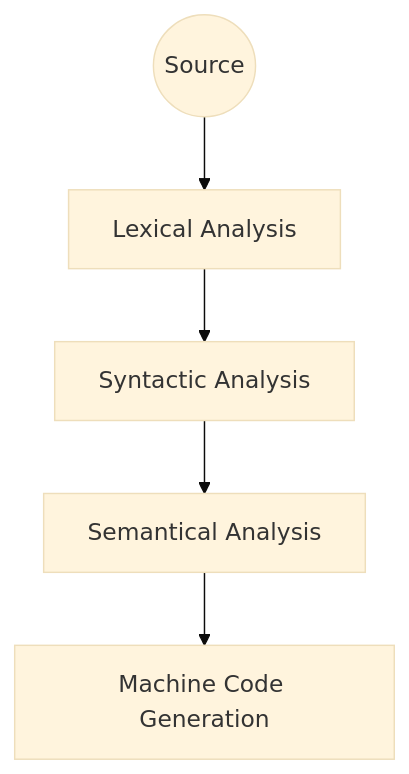
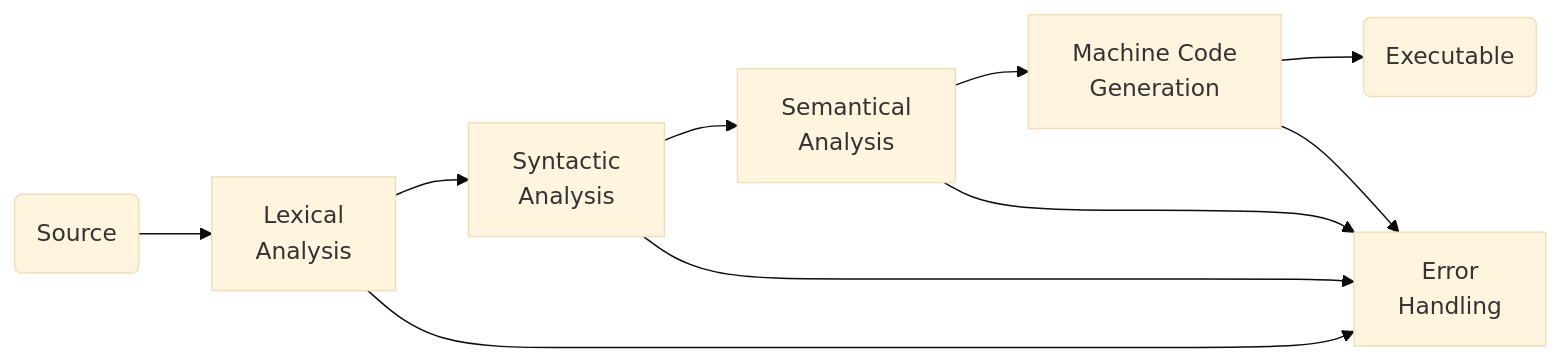
The diagram in content/kb/compilers.md (hacdias/hacdias.com), drawn with Mermaid (base theme) before and after one commit. The commit also changed other lines of this file, not shown here.

Commit message:
update kb

````diff
--- a/content/kb/compilers.md
+++ b/content/kb/compilers.md
@@ -10,10 +10,13 @@
 ```mermaid
-graph TB
-  a((Source)) --> lex[Lexical Analysis]
-  lex --> syn[Syntactic Analysis]
-  syn --> sem[Semantical Analysis]
-  sem --> co[Machine Code Generation]
-  
+graph LR
+  a(Source) --> lex[Lexical<br>Analysis]
+  lex --> syn[Syntactic<br>Analysis]
+  syn --> sem[Semantical<br>Analysis]
+  sem --> co[Machine Code<br>Generation]
+  co --> ex(Executable)
 
-
+  lex --> err[Error<br>Handling]
+  syn --> err
+  sem --> err
+  co --> err
 ```
````
